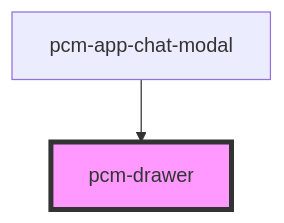
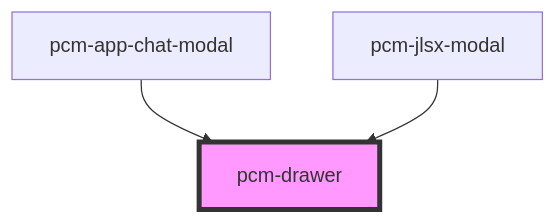
The diagram in packages/pcm-agents/docs/components/pcm-drawer/readme.md (Pincaimao/pcm-agents-sdk), drawn with Mermaid before and after one commit. The commit also changed other lines of this file and 8 other files, not shown here.

````diff
--- a/packages/pcm-agents/docs/components/pcm-drawer/readme.md
+++ b/packages/pcm-agents/docs/components/pcm-drawer/readme.md
@@ -62,5 +63,6 @@
 ```mermaid
 graph TD;
   pcm-app-chat-modal --> pcm-drawer
+  pcm-jlsx-modal --> pcm-drawer
   style pcm-drawer fill:#f9f,stroke:#333,stroke-width:4px
 ```
````
